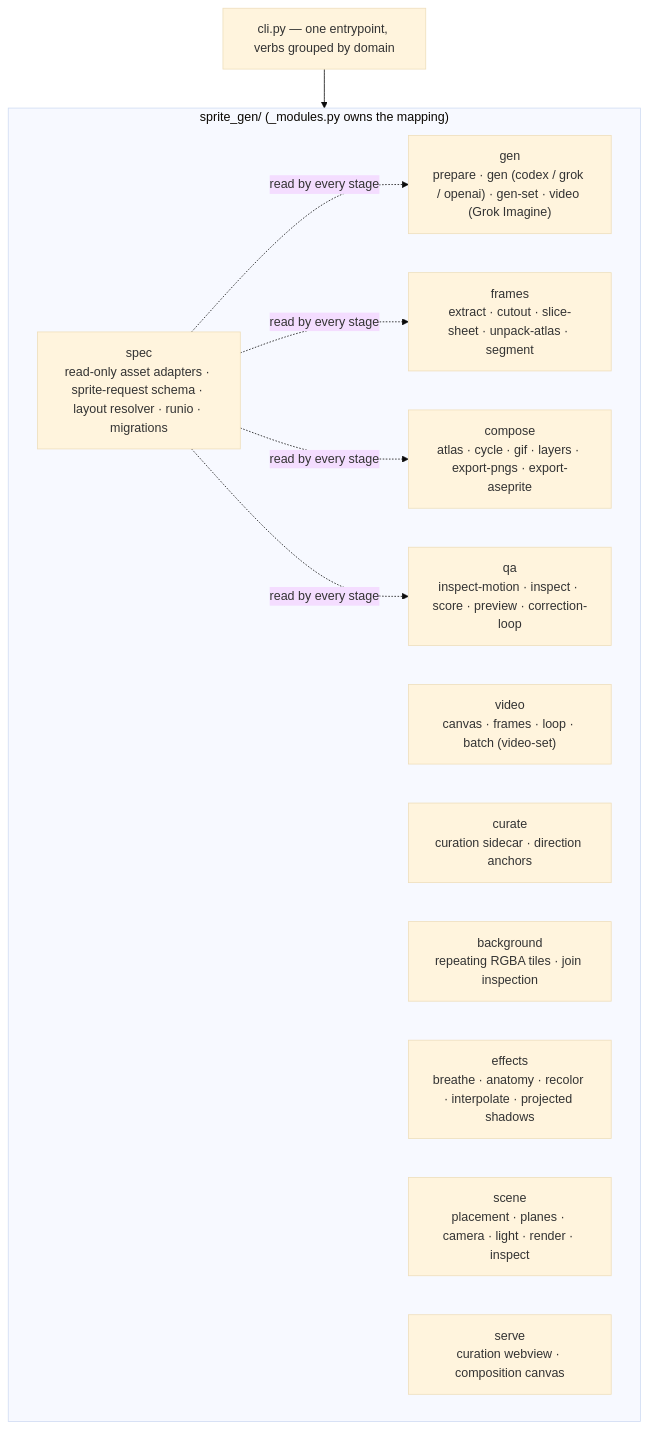
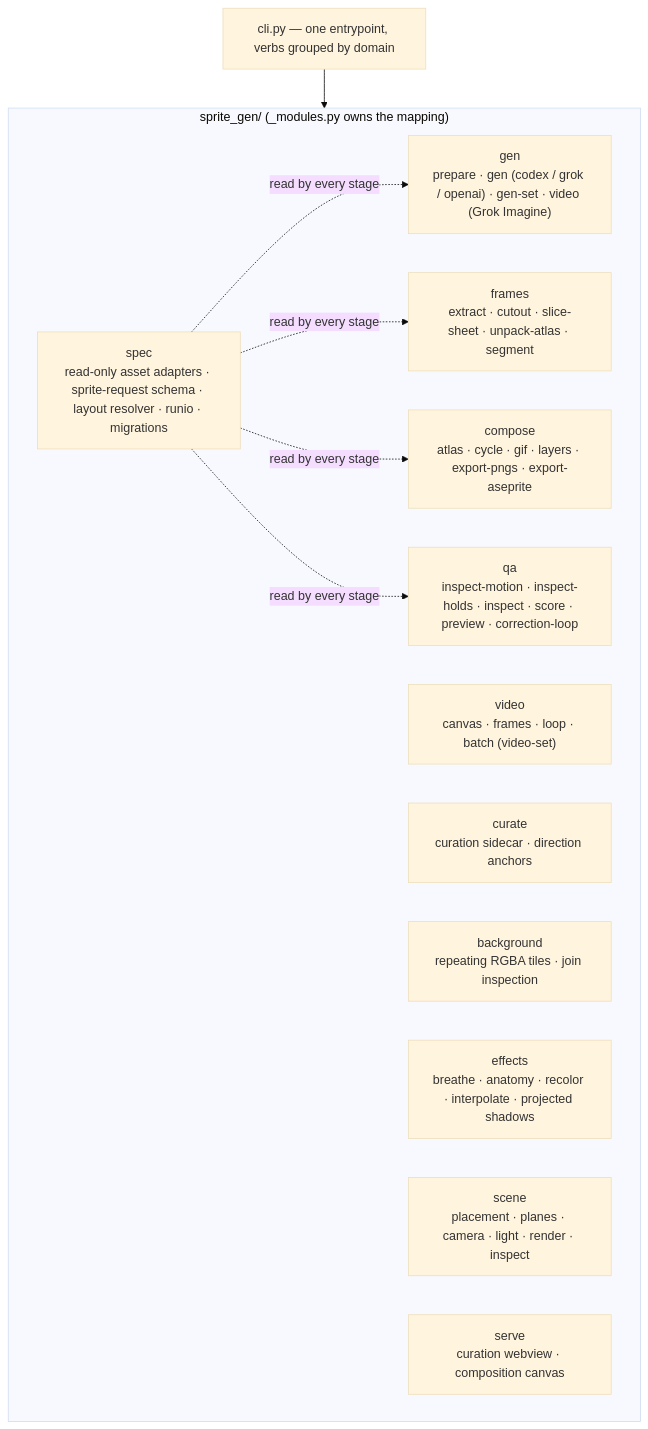
Before and after one commit to gabrielmoreira/agent-skills-mirror: the first of 3 diagrams in mirrors/repos/aldegad@sprite-gen/docs/architecture.md, drawn with Mermaid (base theme). The commit also changed other lines of this file and 6493 other files, not shown here.

````diff
--- a/mirrors/repos/aldegad@sprite-gen/docs/architecture.md
+++ b/mirrors/repos/aldegad@sprite-gen/docs/architecture.md
@@ -33,19 +33,19 @@
 ```mermaid
 flowchart TB
     subgraph pkg["sprite_gen/  (_modules.py owns the mapping)"]
         direction LR
         spec["spec<br/>read-only asset adapters · sprite-request schema · layout resolver · runio · migrations"]
         gen["gen<br/>prepare · gen (codex / grok / openai) · gen-set · video (Grok Imagine)"]
         video["video<br/>canvas · frames · loop · batch (video-set)"]
         frames["frames<br/>extract · cutout · slice-sheet · unpack-atlas · segment"]
         curate["curate<br/>curation sidecar · direction anchors"]
         compose["compose<br/>atlas · cycle · gif · layers · export-pngs · export-aseprite"]
         background["background<br/>repeating RGBA tiles · join inspection"]
         effects["effects<br/>breathe · anatomy · recolor · interpolate · projected shadows"]
-        qa["qa<br/>inspect-motion · inspect · score · preview · correction-loop"]
+        qa["qa<br/>inspect-motion · inspect-holds · inspect · score · preview · correction-loop"]
         scene["scene<br/>placement · planes · camera · light · render · inspect"]
         serve["serve<br/>curation webview · composition canvas"]
     end
     cli["cli.py — one entrypoint, verbs grouped by domain"] --> pkg
     spec -.read by every stage.-> gen & frames & compose & qa
 ```
````
